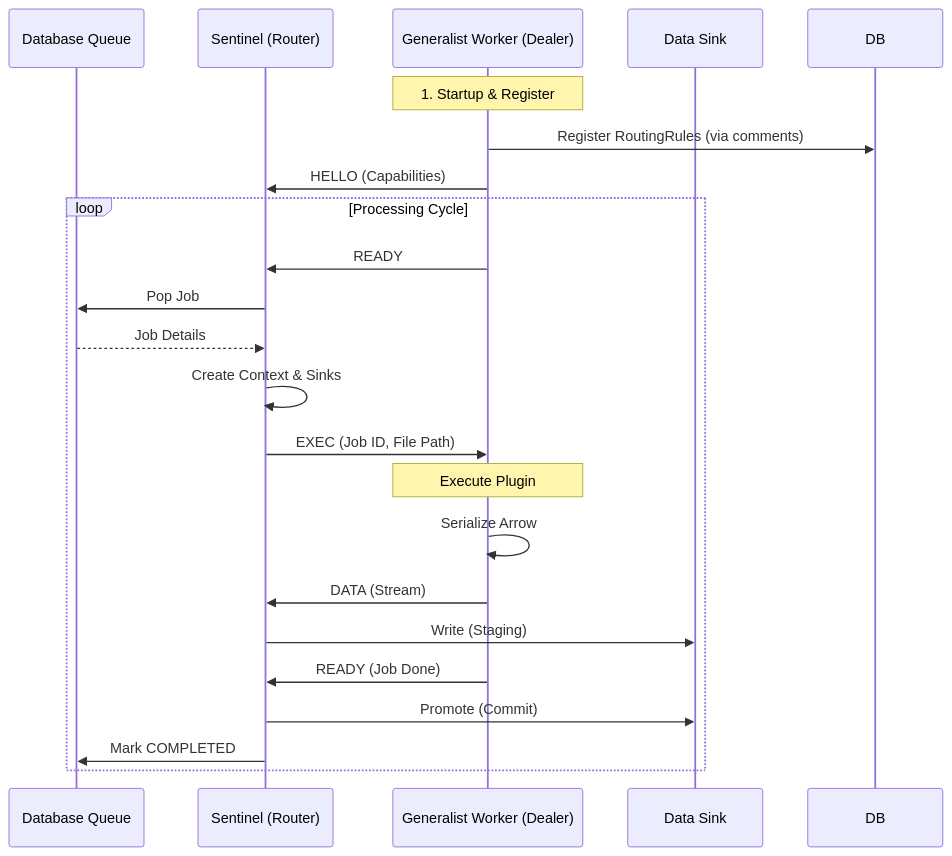
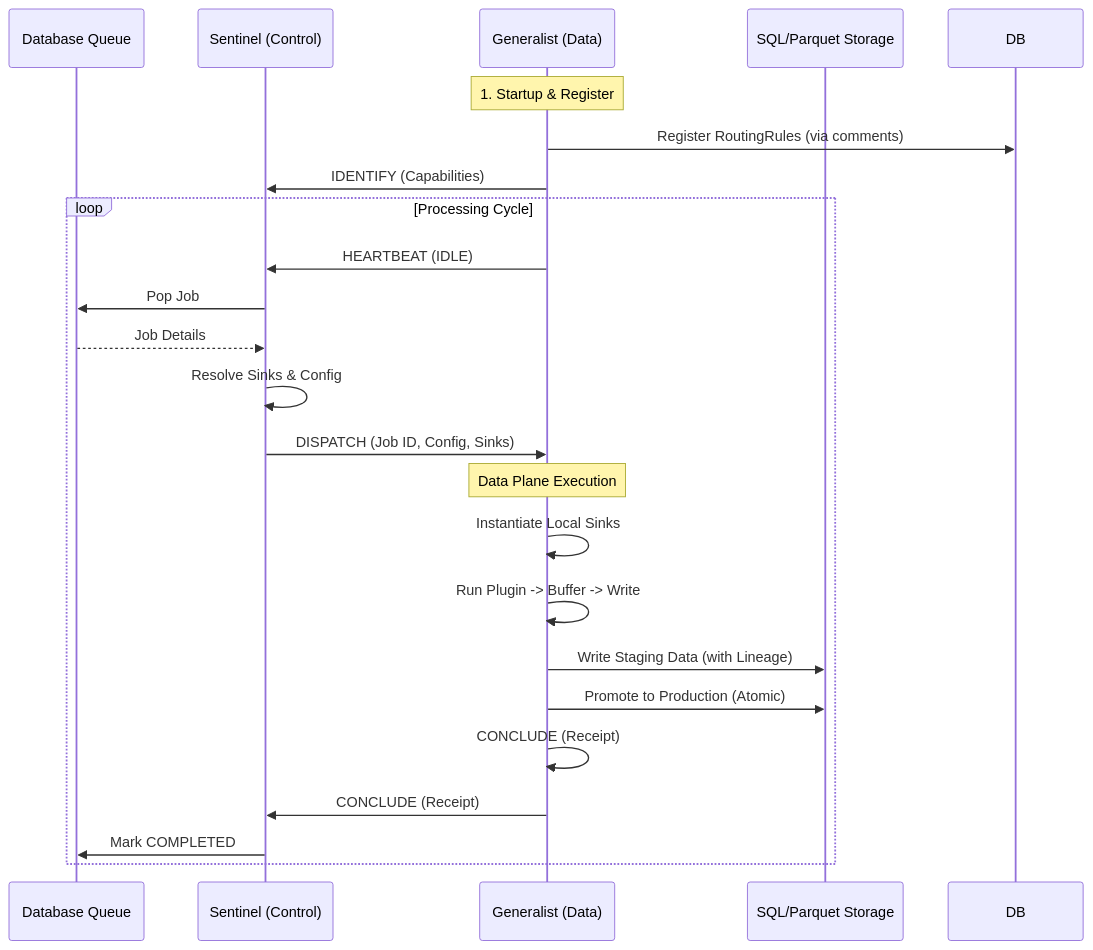
One commit to sl224/casparianflow changed the diagram in ARCHITECTURE.md. Above: the diagram before and after it, drawn with Mermaid. The commit also changed other lines of this file and 9 other files, not shown here.

````diff
--- a/ARCHITECTURE.md
+++ b/ARCHITECTURE.md
@@ -64,29 +63,30 @@
 ```mermaid
 sequenceDiagram
     participant Queue as Database Queue
-    participant Sentinel as Sentinel (Router)
-    participant Worker as Generalist Worker (Dealer)
-    participant Sink as Data Sink
+    participant Sentinel as Sentinel (Control)
+    participant Worker as Generalist (Data)
+    participant Sink as SQL/Parquet Storage
 
     Note over Worker: 1. Startup & Register
     Worker->>DB: Register RoutingRules (via comments)
-    Worker->>Sentinel: HELLO (Capabilities)
+    Worker->>Sentinel: IDENTIFY (Capabilities)
     
     loop Processing Cycle
-        Worker->>Sentinel: READY
+        Worker->>Sentinel: HEARTBEAT (IDLE)
         Sentinel->>Queue: Pop Job
         Queue-->>Sentinel: Job Details
-        Sentinel->>Sentinel: Create Context & Sinks
-        Sentinel->>Worker: EXEC (Job ID, File Path)
+        Sentinel->>Sentinel: Resolve Sinks & Config
+        Sentinel->>Worker: DISPATCH (Job ID, Config, Sinks)
         
-        Note over Worker: Execute Plugin
-        Worker->>Worker: Serialize Arrow
-        Worker->>Sentinel: DATA (Stream)
-        Sentinel->>Sink: Write (Staging)
+        Note over Worker: Data Plane Execution
+        Worker->>Worker: Instantiate Local Sinks
+        Worker->>Worker: Run Plugin -> Buffer -> Write
+        Worker->>Sink: Write Staging Data (with Lineage)
         
-        Worker->>Sentinel: READY (Job Done)
-        Sentinel->>Sink: Promote (Commit)
+        Worker->>Sink: Promote to Production (Atomic)
+        Worker->>Worker: CONCLUDE (Receipt)
+        Worker->>Sentinel: CONCLUDE (Receipt)
         Sentinel->>Queue: Mark COMPLETED
     end
 
 ```
````
